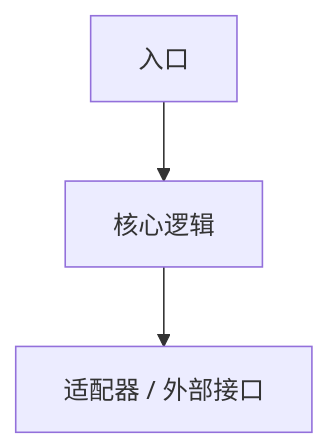
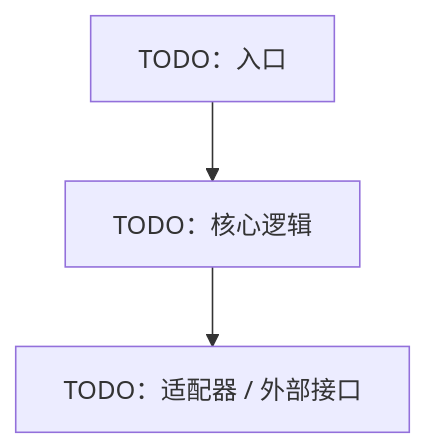
The diagram in docs/templates/local-AGENTS.md (MRNIU/SimpleKernel), drawn with Mermaid before and after one commit. The commit also changed other lines of this file and 55 other files, not shown here.

````diff
--- a/docs/templates/local-AGENTS.md
+++ b/docs/templates/local-AGENTS.md
@@ -25,5 +30,5 @@
 ```mermaid
 flowchart TB
-  Entry["入口"] --> Core["核心逻辑"]
-  Core --> Adapter["适配器 / 外部接口"]
+  Entry["TODO：入口"] --> Core["TODO：核心逻辑"]
+  Core --> Adapter["TODO：适配器 / 外部接口"]
 ```
````
